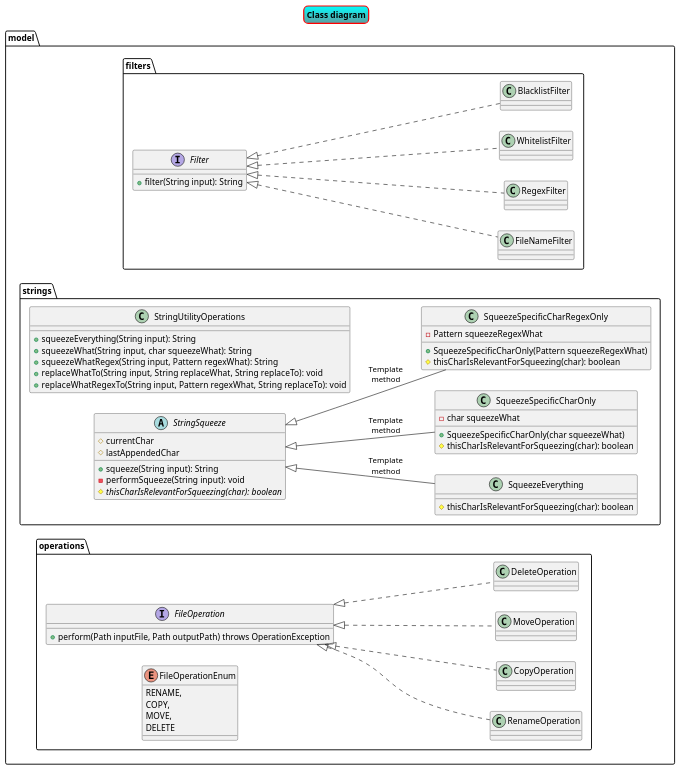
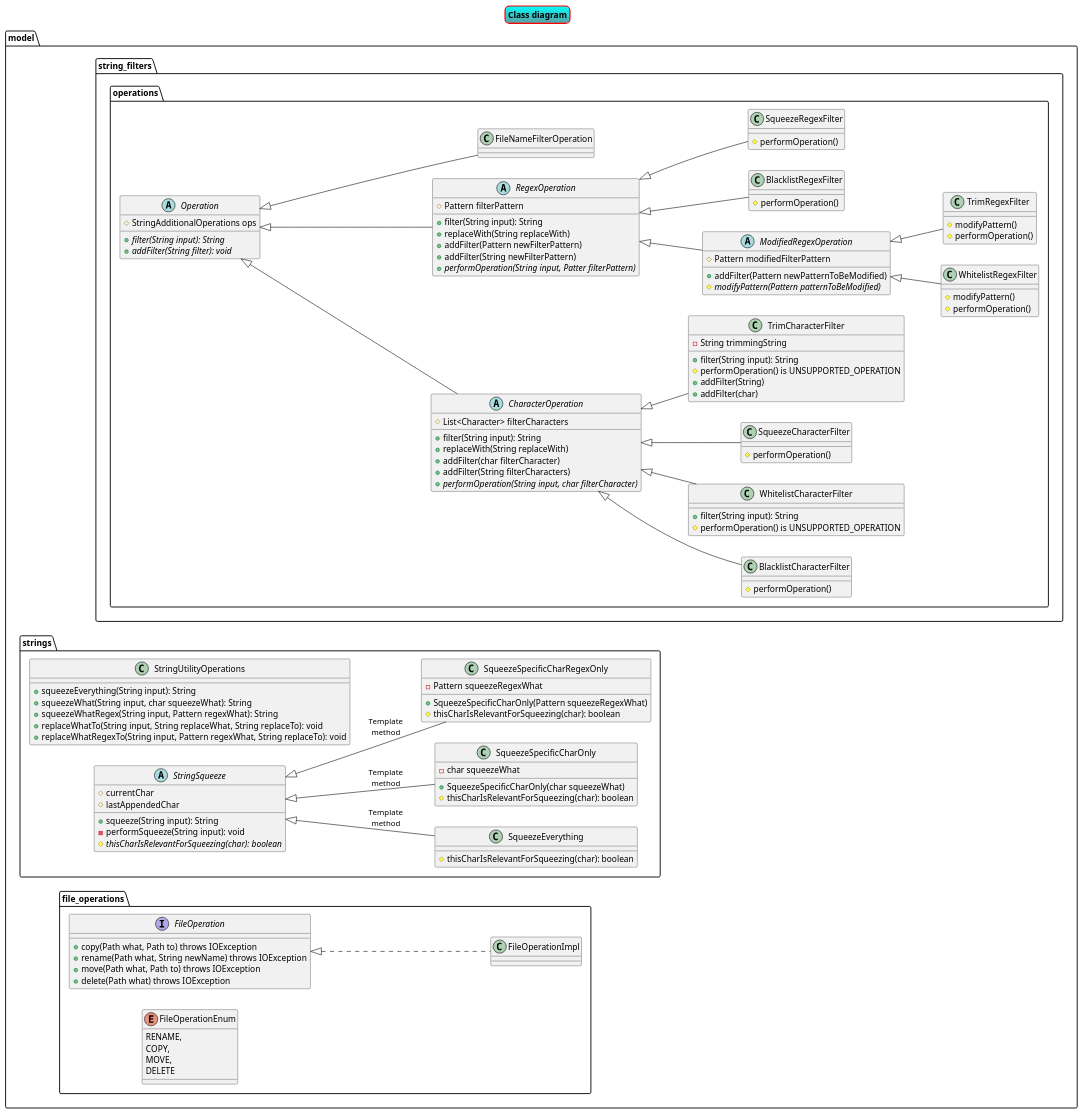
Before and after one commit to hhvitek/file-manipulator: the diagram in UML/class-diagram.puml, drawn with PlantUML. The commit also changed 53 other files, not shown here.

Commit message:
filename operation filter, uml diagram update

```diff
--- a/UML/class-diagram.puml
+++ b/UML/class-diagram.puml
@@ -1,86 +1,142 @@
 @startuml
 left to right direction
 
 skinparam titleBorderRoundCorner 15
 skinparam titleBorderThickness 2
 skinparam titleBorderColor red
 skinparam titleBackgroundColor Aqua-CadetBlue
 
 title Class diagram
 
 
 
-package model.filters {
+package model.string_filters.operations {
 
-interface Filter {
-    +filter(String input): String
+abstract class Operation {
+    #StringAdditionalOperations ops
+    +{abstract}filter(String input): String
+    +{abstract}addFilter(String filter): void
 }
 
-class FileNameFilter implements Filter
-class RegexFilter implements Filter
-class WhitelistFilter implements Filter
-class BlacklistFilter implements Filter
+abstract class CharacterOperation extends Operation {
+    #List<Character> filterCharacters
+    +filter(String input): String
+    +replaceWith(String replaceWith)
+    +addFilter(char filterCharacter)
+    +addFilter(String filterCharacters)
+    +{abstract}performOperation(String input, char filterCharacter)
+}
+abstract class RegexOperation extends Operation {
+    #Pattern filterPattern
+    +filter(String input): String
+    +replaceWith(String replaceWith)
+    +addFilter(Pattern newFilterPattern)
+    +addFilter(String newFilterPattern)
+    +{abstract}performOperation(String input, Patter filterPattern)
+}
+abstract class ModifiedRegexOperation extends RegexOperation {
+    #Pattern modifiedFilterPattern
+    +addFilter(Pattern newPatternToBeModified)
+    #{abstract}modifyPattern(Pattern patternToBeModified)
+}
+
+class BlacklistCharacterFilter extends CharacterOperation {
+    #performOperation()
+}
+class BlacklistRegexFilter extends RegexOperation {
+    #performOperation()
+}
+
+class WhitelistCharacterFilter extends CharacterOperation {
+    +filter(String input): String
+    #performOperation() is UNSUPPORTED_OPERATION
+}
+class WhitelistRegexFilter extends ModifiedRegexOperation {
+    #modifyPattern()
+    #performOperation()
+}
+
+class SqueezeCharacterFilter extends CharacterOperation {
+    #performOperation()
+}
+class SqueezeRegexFilter extends RegexOperation {
+    #performOperation()
+}
+class TrimCharacterFilter extends CharacterOperation {
+    -String trimmingString
+    +filter(String input): String
+    #performOperation() is UNSUPPORTED_OPERATION
+    +addFilter(String)
+    +addFilter(char)
+
+}
+class TrimRegexFilter extends ModifiedRegexOperation {
+    #modifyPattern()
+    #performOperation()
+}
+
+class FileNameFilterOperation extends Operation
 }
 
 package model.strings {
     class StringUtilityOperations {
         +squeezeEverything(String input): String
         +squeezeWhat(String input, char squeezeWhat): String
         +squeezeWhatRegex(String input, Pattern regexWhat): String
         +replaceWhatTo(String input, String replaceWhat, String replaceTo): void
         +replaceWhatRegexTo(String input, Pattern regexWhat, String replaceTo): void
     }
 
     abstract class StringSqueeze {
         #currentChar
         #lastAppendedChar
 
         +squeeze(String input): String
         -performSqueeze(String input): void
         #{abstract}thisCharIsRelevantForSqueezing(char): boolean
     }
 
     class SqueezeEverything {
         #thisCharIsRelevantForSqueezing(char): boolean
     }
 
     class SqueezeSpecificCharOnly {
         -char squeezeWhat
         +SqueezeSpecificCharOnly(char squeezeWhat)
         #thisCharIsRelevantForSqueezing(char): boolean
     }
 
     class SqueezeSpecificCharRegexOnly {
         -Pattern squeezeRegexWhat
         +SqueezeSpecificCharOnly(Pattern squeezeRegexWhat)
         #thisCharIsRelevantForSqueezing(char): boolean
     }
 
     StringSqueeze <|-- SqueezeEverything : Template\nmethod
     StringSqueeze <|-- SqueezeSpecificCharOnly : Template\nmethod
     StringSqueeze <|-- SqueezeSpecificCharRegexOnly : Template\nmethod
 
 
 }
 
-package model.operations {
+package model.file_operations {
 
 interface FileOperation {
-    +perform(Path inputFile, Path outputPath) throws OperationException
+    +copy(Path what, Path to) throws IOException
+    +rename(Path what, String newName) throws IOException
+    +move(Path what, Path to) throws IOException
+    +delete(Path what) throws IOException
 }
 
 enum FileOperationEnum {
     RENAME,
     COPY,
     MOVE,
     DELETE
 }
 
-class RenameOperation implements FileOperation
-class CopyOperation implements FileOperation
-class MoveOperation implements FileOperation
-class DeleteOperation implements FileOperation
+class FileOperationImpl implements FileOperation
 
 }
 
 @enduml
```
